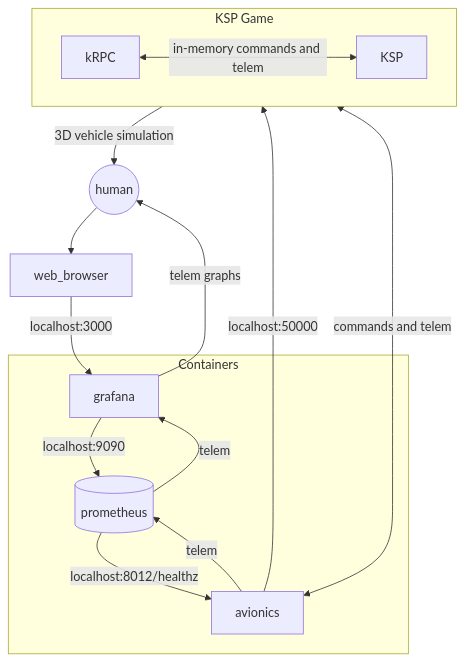
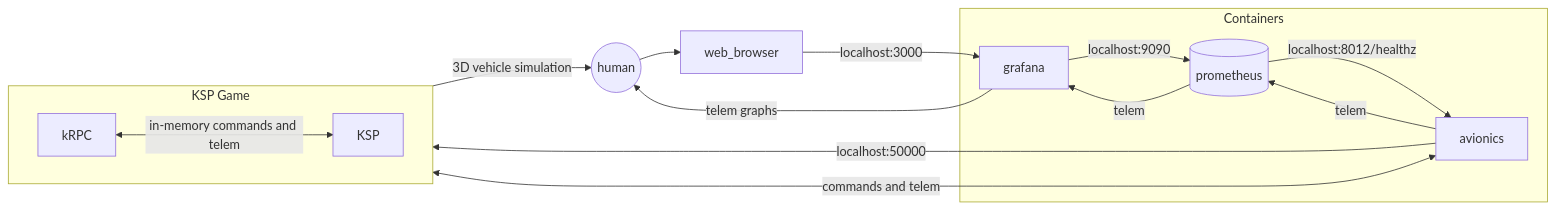
One commit to i2ocketguy/ksp-krpc-rocket-avionics changed the diagram in README.md. Above: the diagram before and after it, drawn with Mermaid.

````diff
--- a/README.md
+++ b/README.md
@@ -35,32 +35,32 @@
 ```mermaid
 
-flowchart TB
+flowchart LR
   
   human((human))
   prometheus[(prometheus)]
   
   subgraph Containers 
       
       grafana
       prometheus
       avionics
   end
   
   subgraph KSP Game
       direction LR
       KSP
       kRPC
   end
     
   human --> web_browser -- localhost:3000  --> grafana -- localhost:9090 --> prometheus -- localhost:8012/healthz --> avionics
   avionics -- localhost:50000 --> kRPC <-- in-memory commands and telem--> KSP 
   
   grafana -- telem graphs --> human
   avionics -- telem --> prometheus
   prometheus -- telem --> grafana
   
   KSP -- 3D vehicle simulation --> human
   
   avionics <-- commands and telem --> kRPC
   
 ```
````
